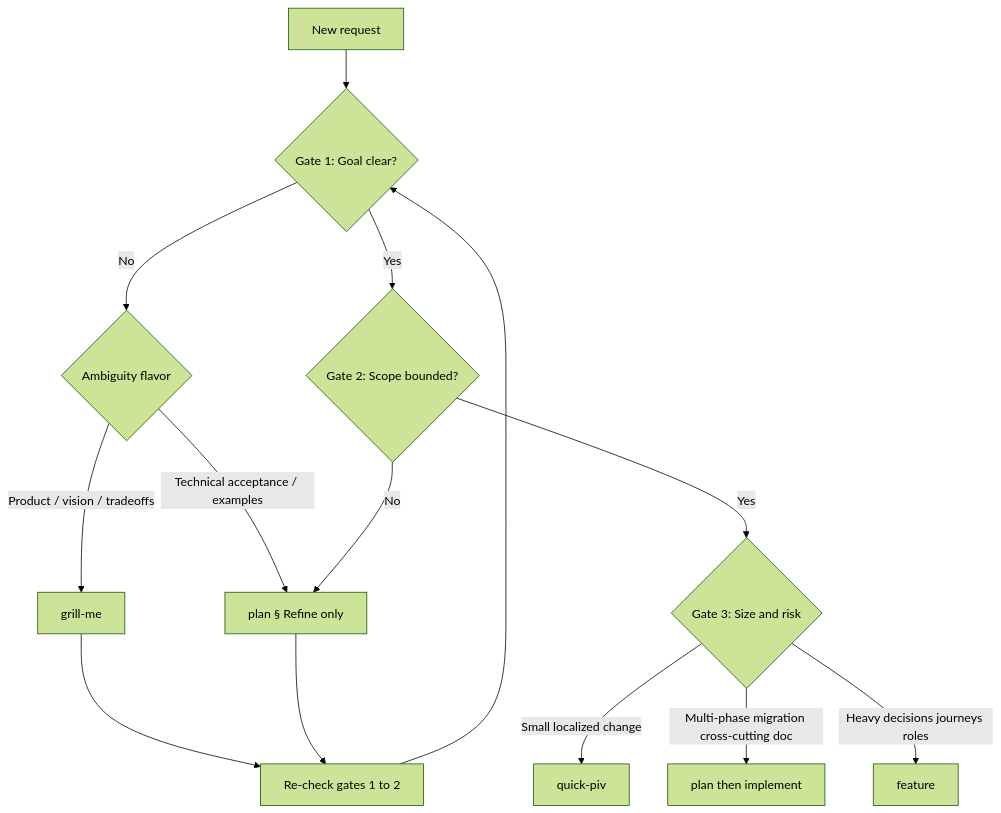
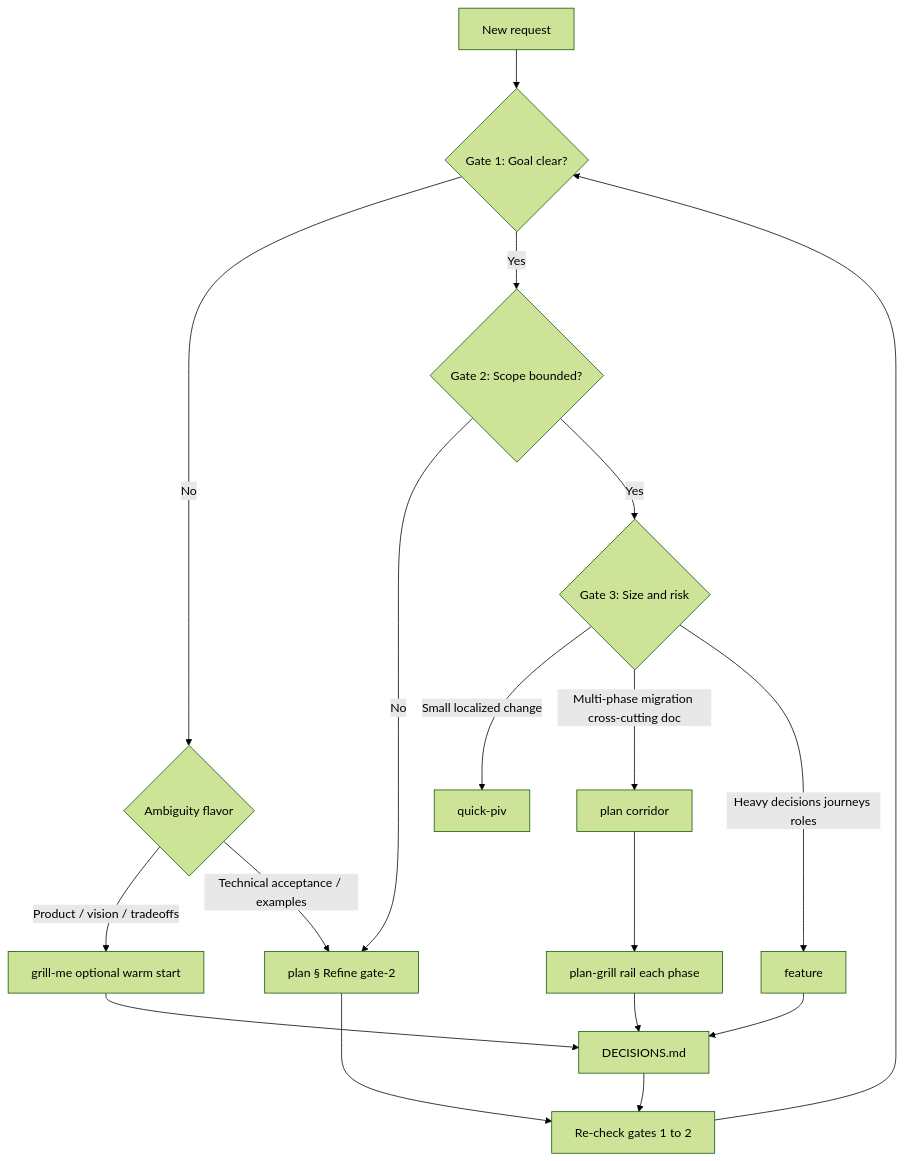
One commit to TMI-apps/boilerplate-vite-supabase-mui-cursor changed the diagram in .agents/skills/router/SKILL.md. Above: the diagram before and after it, drawn with Mermaid (forest theme). The commit also changed other lines of this file and 9 other files, not shown here.

First line of the commit message:
chore: Plan-grill corridor rail and relationship flow sidecar

````diff
--- a/.agents/skills/router/SKILL.md
+++ b/.agents/skills/router/SKILL.md
@@ -139,16 +157,20 @@
 ```mermaid
 flowchart TD
   A[New request] --> B{Gate 1: Goal clear?}
   B -->|No| C{Ambiguity flavor}
-  C -->|Product / vision / tradeoffs| D[grill-me]
-  C -->|Technical acceptance / examples| E[plan § Refine only]
+  C -->|Product / vision / tradeoffs| D[grill-me optional warm start]
+  C -->|Technical acceptance / examples| E[plan § Refine gate-2]
   B -->|Yes| F{Gate 2: Scope bounded?}
   F -->|No| E
   F -->|Yes| G{Gate 3: Size and risk}
   G -->|Small localized change| H[quick-piv]
-  G -->|Multi-phase migration cross-cutting doc| I[plan then implement]
+  G -->|Multi-phase migration cross-cutting doc| I[plan corridor]
   G -->|Heavy decisions journeys roles| J[feature]
-  D --> K[Re-check gates 1 to 2]
+  D --> L[DECISIONS.md]
+  L --> K[Re-check gates 1 to 2]
   E --> K
   K --> B
+  I --> R[plan-grill rail each phase]
+  R --> L
+  J --> L
 ```
````
